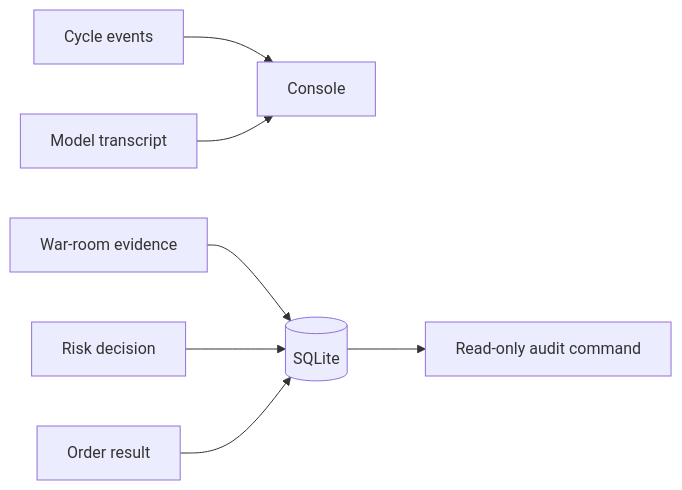
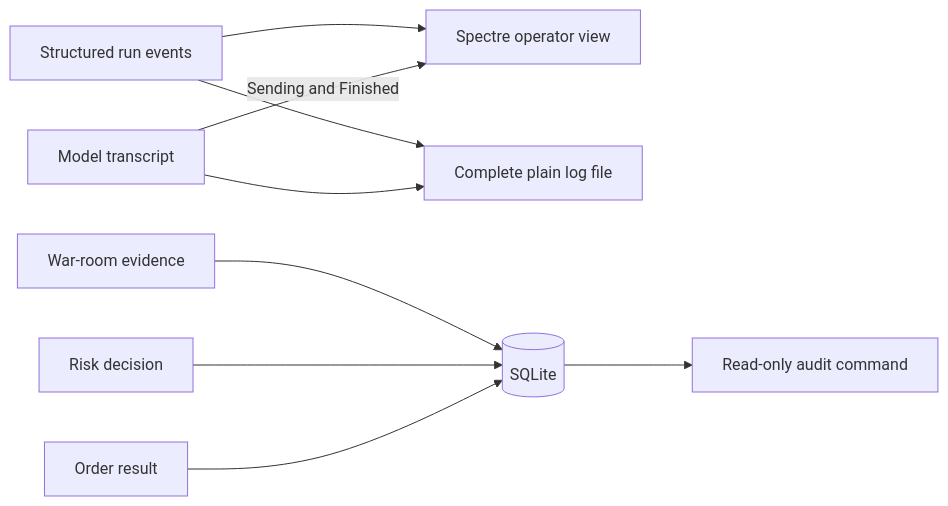
The diagram in .lode/operations/observability.md (xakpc/Alpaca.NoIdea), drawn with Mermaid before and after one commit. The commit also changed other lines of this file and 92 other files, not shown here.

````diff
--- a/.lode/operations/observability.md
+++ b/.lode/operations/observability.md
@@ -6,9 +10,11 @@
 ```mermaid
 flowchart LR
-    C[Cycle events] --> L[Console]
-    M[Model transcript] --> L
+    C[Structured run events] --> L[Spectre operator view]
+    C --> F[Complete plain log file]
+    M[Model transcript] --> F
+    M -->|Sending and Finished| L
     W[War-room evidence] --> D[(SQLite)]
     R[Risk decision] --> D
     O[Order result] --> D
     D --> A[Read-only audit command]
 ```
````
